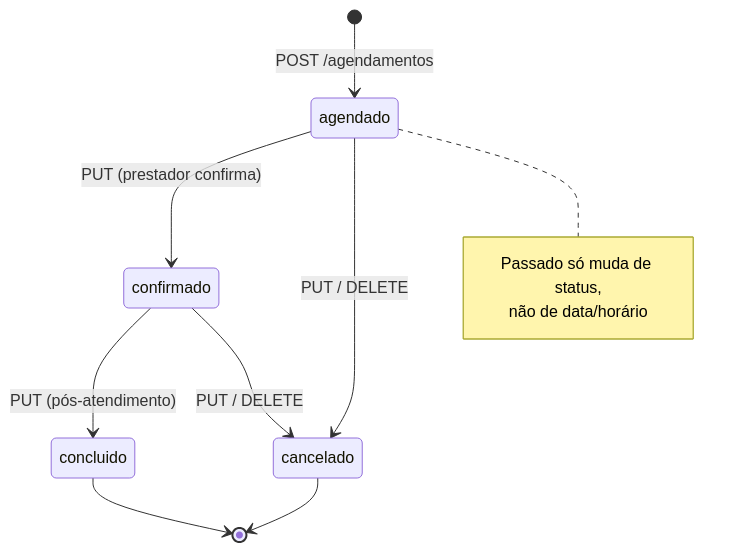
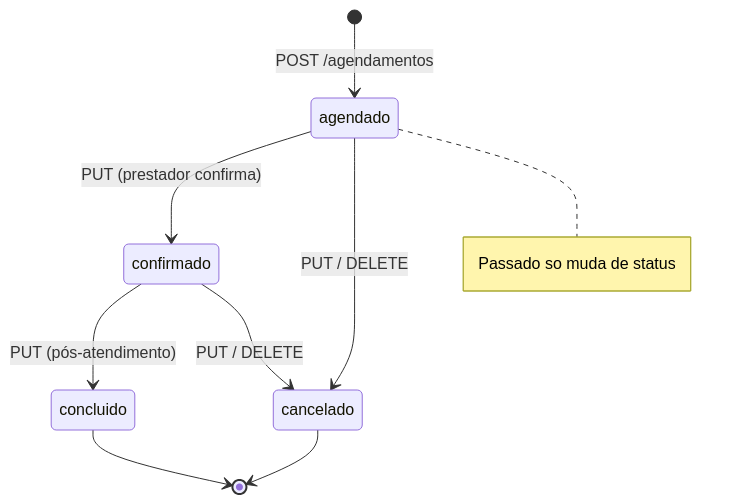
The seventh of 9 diagrams in DIAGRAMAS.md (mateusACM/SAOPS), drawn with Mermaid before and after one commit. The commit also changed other lines of this file, not shown here.

First line of the commit message:
Corrige sintaxe Mermaid do DIAGRAMAS.md

````diff
--- a/DIAGRAMAS.md
+++ b/DIAGRAMAS.md
@@ -191,11 +195,11 @@
 ```mermaid
 stateDiagram-v2
     [*] --> agendado : POST /agendamentos
     agendado --> confirmado : PUT (prestador confirma)
     agendado --> cancelado : PUT / DELETE
     confirmado --> concluido : PUT (pós-atendimento)
     confirmado --> cancelado : PUT / DELETE
     concluido --> [*]
     cancelado --> [*]
-    note right of agendado : Passado só muda de status,<br/>não de data/horário
+    note right of agendado : Passado so muda de status
 ```
````
